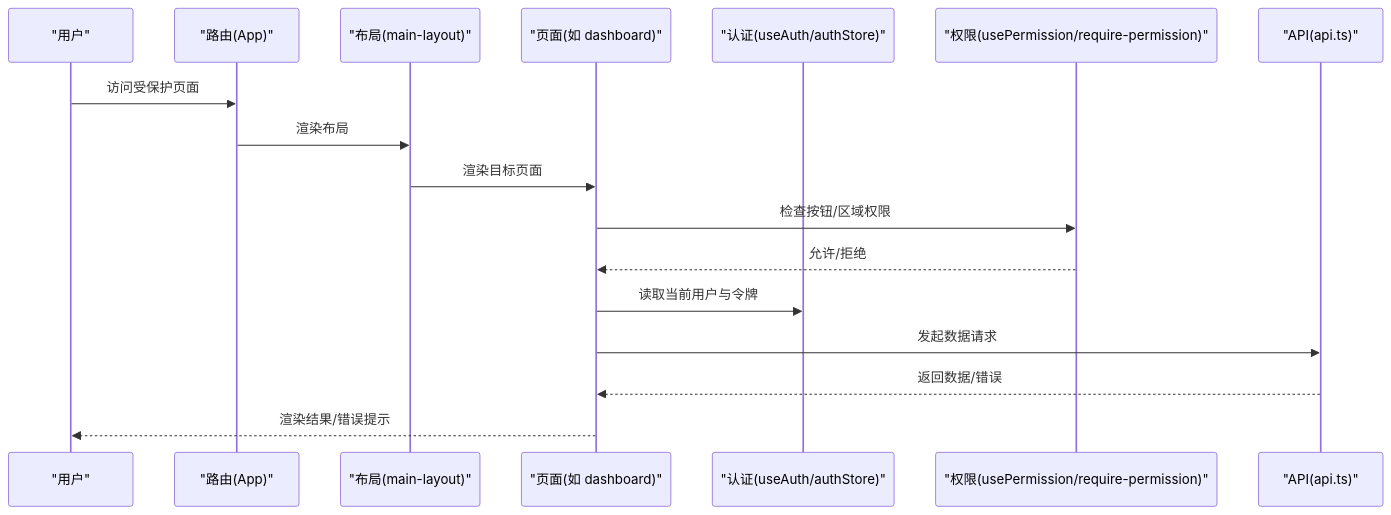
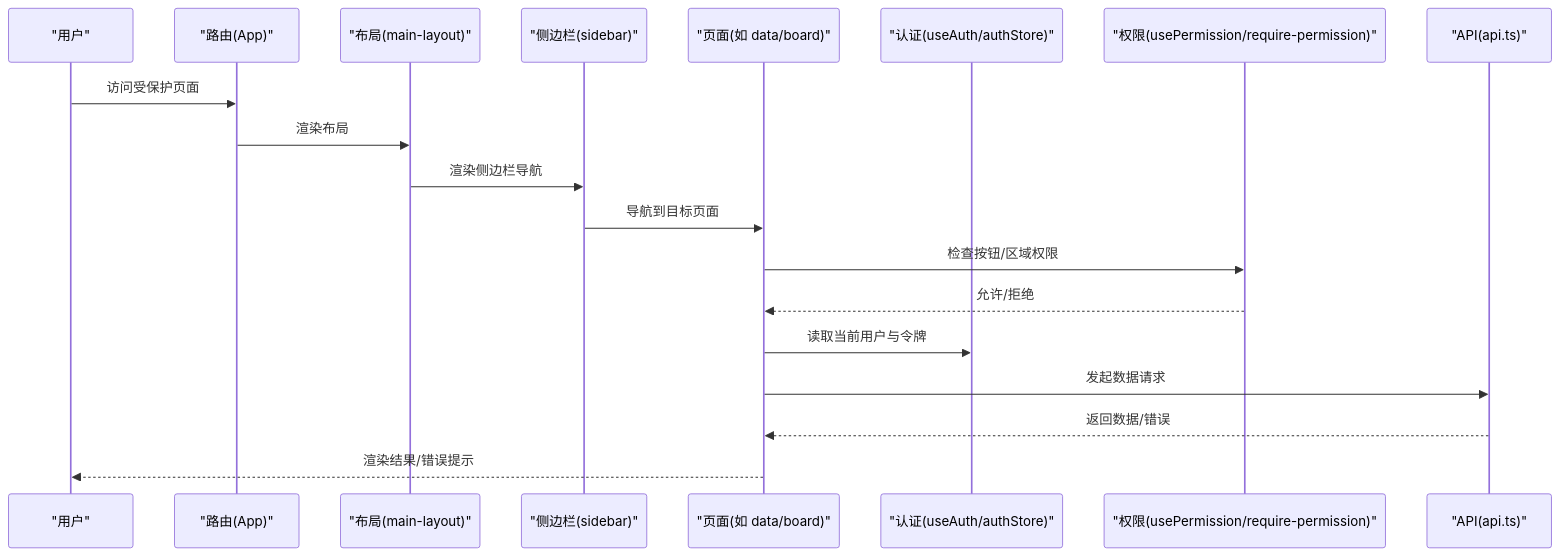
One commit to Damao997/newproject changed the second of 12 diagrams in .qoder/repowiki/zh/content/页面组件/页面组件.md. Above: the diagram before and after it, drawn with Mermaid. The commit also changed other lines of this file and 62 other files, not shown here.

````diff
--- a/.qoder/repowiki/zh/content/页面组件/页面组件.md
+++ b/.qoder/repowiki/zh/content/页面组件/页面组件.md
@@ -134,19 +143,21 @@
 ```mermaid
 sequenceDiagram
 participant U as "用户"
 participant R as "路由(App)"
 participant L as "布局(main-layout)"
-participant P as "页面(如 dashboard)"
+participant S as "侧边栏(sidebar)"
+participant P as "页面(如 data/board)"
 participant Auth as "认证(useAuth/authStore)"
 participant Perm as "权限(usePermission/require-permission)"
 participant API as "API(api.ts)"
 U->>R : 访问受保护页面
 R->>L : 渲染布局
-L->>P : 渲染目标页面
+L->>S : 渲染侧边栏导航
+S->>P : 导航到目标页面
 P->>Perm : 检查按钮/区域权限
 Perm-->>P : 允许/拒绝
 P->>Auth : 读取当前用户与令牌
 P->>API : 发起数据请求
 API-->>P : 返回数据/错误
 P-->>U : 渲染结果/错误提示
 ```
````
